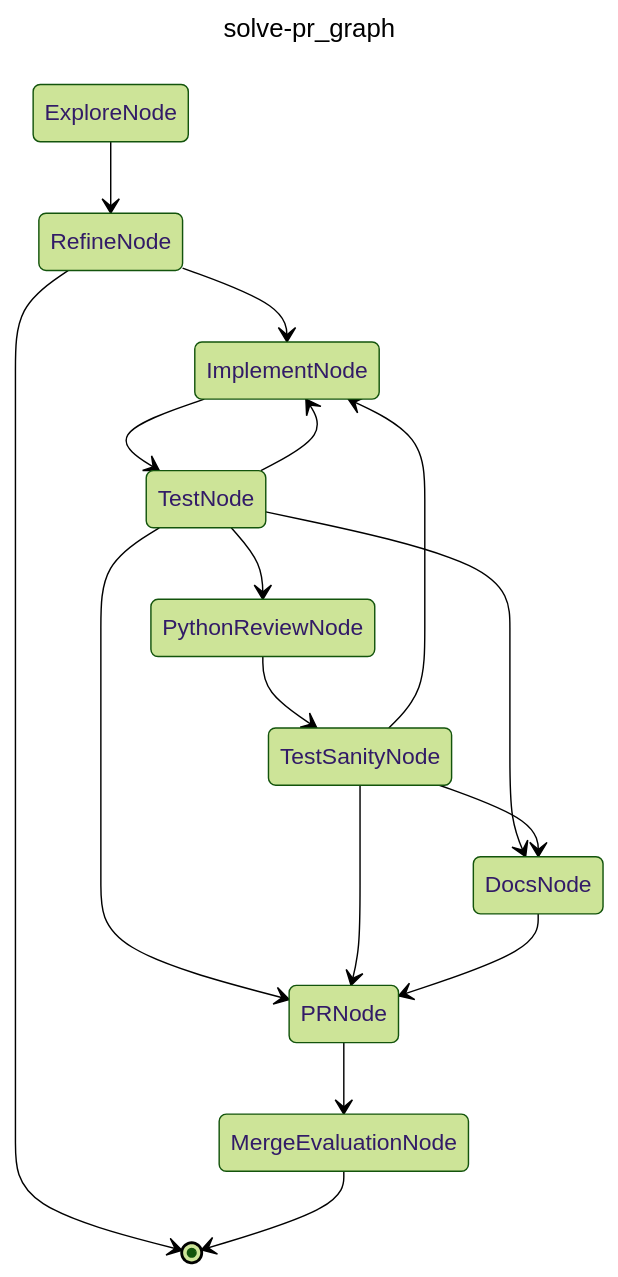
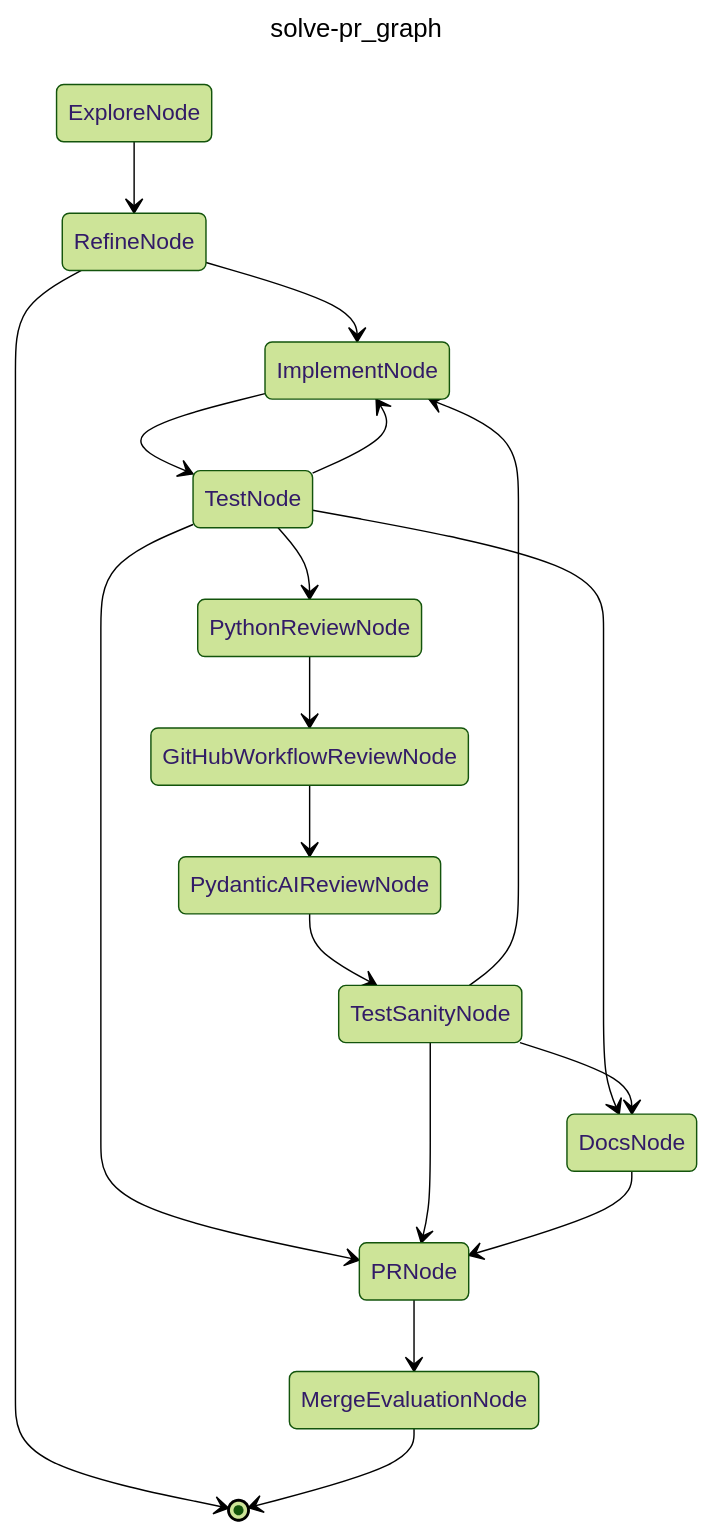
Before and after one commit to damien-robotsix/robotsix-cai: the diagram in docs/workflows/solve-pr.md, drawn with Mermaid (forest theme). The commit also changed 11 other files, not shown here.

````diff
--- a/docs/workflows/solve-pr.md
+++ b/docs/workflows/solve-pr.md
@@ -15,21 +15,23 @@
 ```mermaid
 ---
 title: solve-pr_graph
 ---
 stateDiagram-v2
   ExploreNode --> RefineNode
   RefineNode --> ImplementNode
   RefineNode --> [*]
   ImplementNode --> TestNode
   TestNode --> PythonReviewNode
   TestNode --> DocsNode
   TestNode --> PRNode
   TestNode --> ImplementNode
-  PythonReviewNode --> TestSanityNode
+  PythonReviewNode --> GitHubWorkflowReviewNode
+  GitHubWorkflowReviewNode --> PydanticAIReviewNode
+  PydanticAIReviewNode --> TestSanityNode
   TestSanityNode --> DocsNode
   TestSanityNode --> PRNode
   TestSanityNode --> ImplementNode
   DocsNode --> PRNode
   PRNode --> MergeEvaluationNode
   MergeEvaluationNode --> [*]
 ```
````
